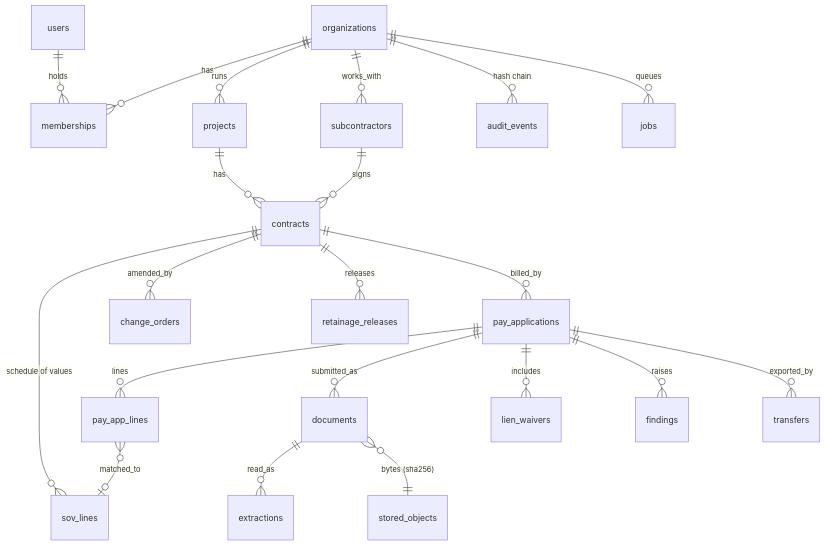
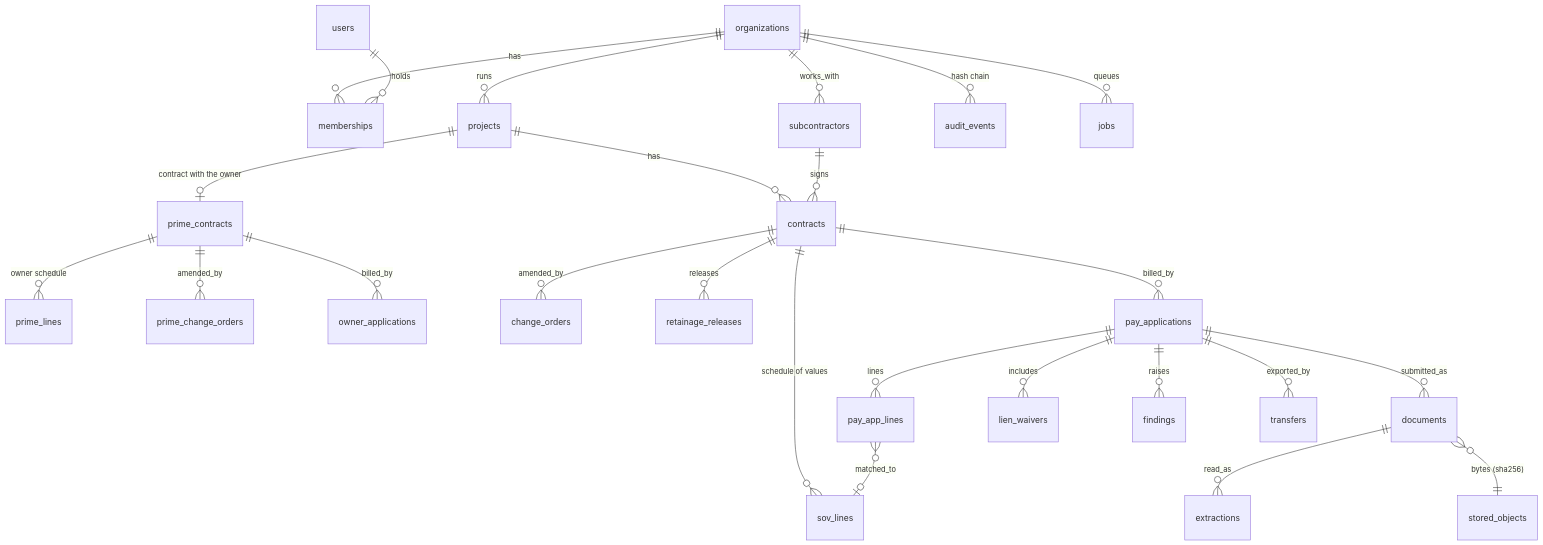
One commit to arsalannkhann/construction-rcm changed the eighth of 8 diagrams in README.md. Above: the diagram before and after it, drawn with Mermaid. The commit also changed other lines of this file and 30 other files, not shown here.

````diff
--- a/README.md
+++ b/README.md
@@ -452,23 +495,27 @@
 ```mermaid
 erDiagram
   organizations ||--o{ memberships : has
   users ||--o{ memberships : holds
   organizations ||--o{ projects : runs
   organizations ||--o{ subcontractors : works_with
   projects ||--o{ contracts : has
+  projects ||--o| prime_contracts : "contract with the owner"
+  prime_contracts ||--o{ prime_lines : "owner schedule"
+  prime_contracts ||--o{ prime_change_orders : amended_by
+  prime_contracts ||--o{ owner_applications : billed_by
   subcontractors ||--o{ contracts : signs
   contracts ||--o{ sov_lines : "schedule of values"
   contracts ||--o{ change_orders : amended_by
   contracts ||--o{ retainage_releases : releases
   contracts ||--o{ pay_applications : billed_by
   pay_applications ||--o{ pay_app_lines : lines
   pay_app_lines }o--o| sov_lines : matched_to
   pay_applications ||--o{ documents : submitted_as
   documents ||--o{ extractions : read_as
   documents }o--|| stored_objects : "bytes (sha256)"
   pay_applications ||--o{ lien_waivers : includes
   pay_applications ||--o{ findings : raises
   pay_applications ||--o{ transfers : exported_by
   organizations ||--o{ audit_events : "hash chain"
   organizations ||--o{ jobs : queues
 ```
````
